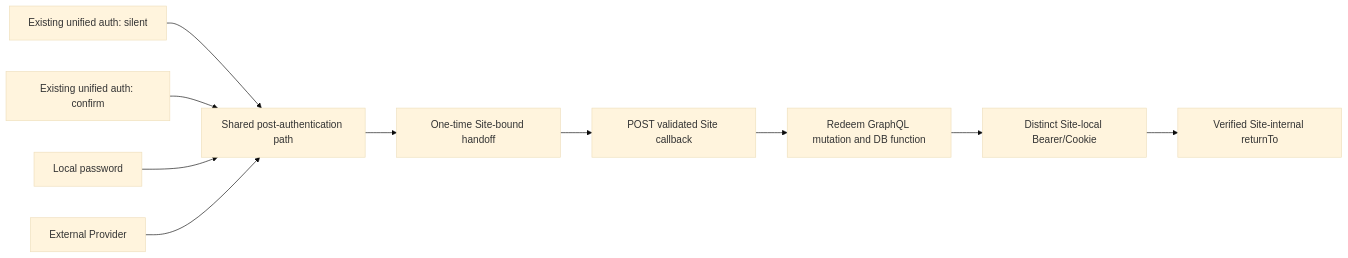
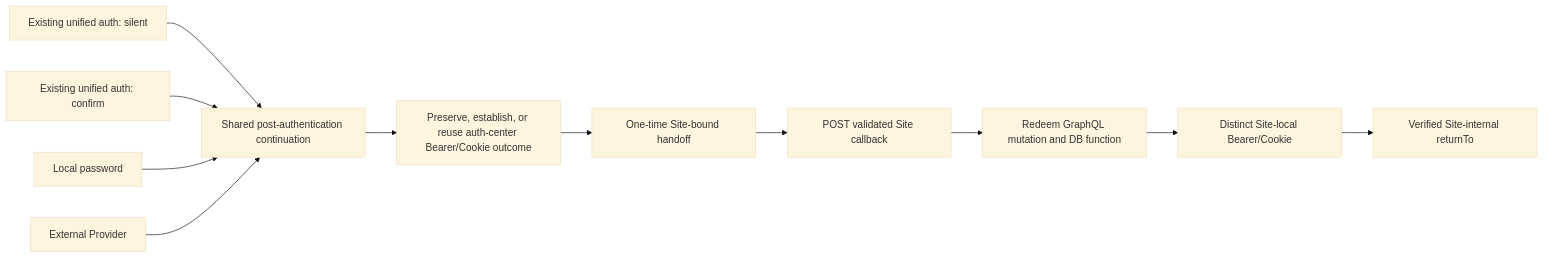
Before and after one commit to Zetazzz/Constructive: the fourth of 4 diagrams in docs/spec/oauth-sso-platform-integration.md, drawn with Mermaid (base theme). The commit also changed other lines of this file and 2 other files, not shown here.

````diff
--- a/docs/spec/oauth-sso-platform-integration.md
+++ b/docs/spec/oauth-sso-platform-integration.md
@@ -37,12 +255,13 @@
 ```mermaid
 flowchart LR
-    Silent["Existing unified auth: silent"] --> Shared["Shared post-authentication path"]
+    Silent["Existing unified auth: silent"] --> Shared["Shared post-authentication continuation"]
     Confirm["Existing unified auth: confirm"] --> Shared
     Password["Local password"] --> Shared
     Provider["External Provider"] --> Shared
-    Shared --> Handoff["One-time Site-bound handoff"]
+    Shared --> Center["Preserve, establish, or reuse auth-center Bearer/Cookie outcome"]
+    Center --> Handoff["One-time Site-bound handoff"]
     Handoff --> Callback["POST validated Site callback"]
     Callback --> Redeem["Redeem GraphQL mutation and DB function"]
     Redeem --> Credential["Distinct Site-local Bearer/Cookie"]
     Credential --> Return["Verified Site-internal returnTo"]
 ```
````
